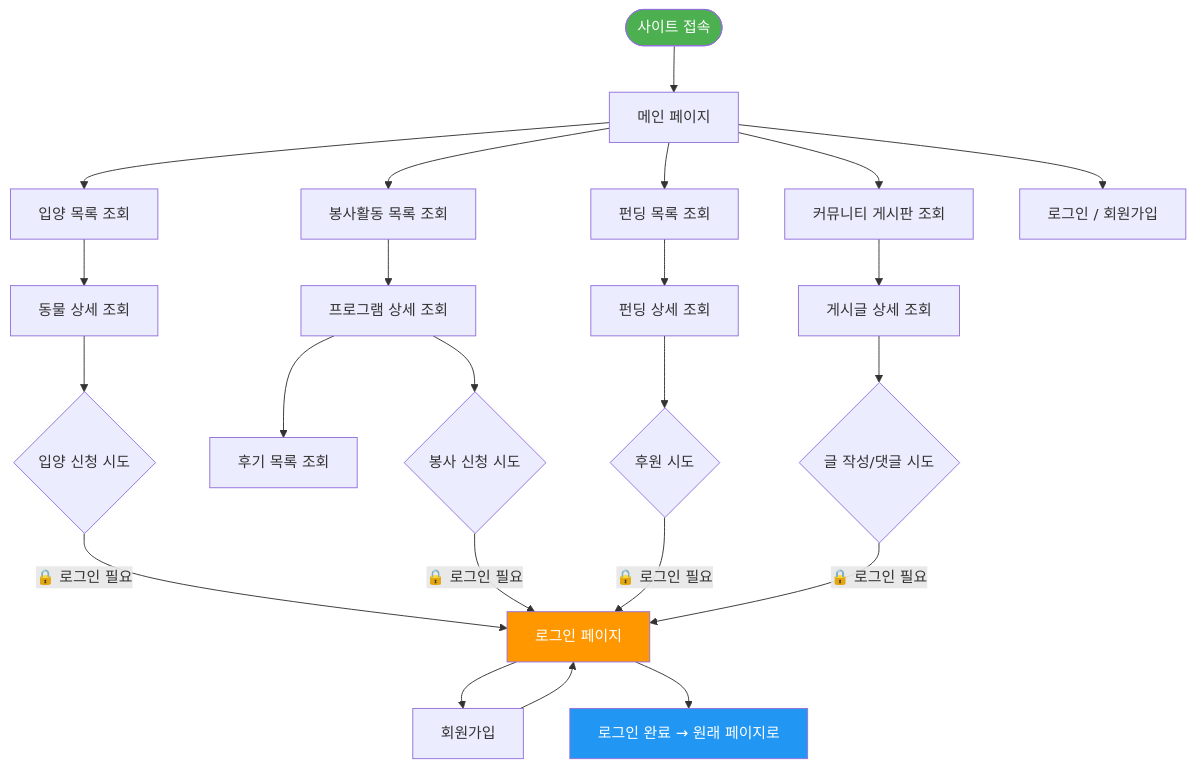
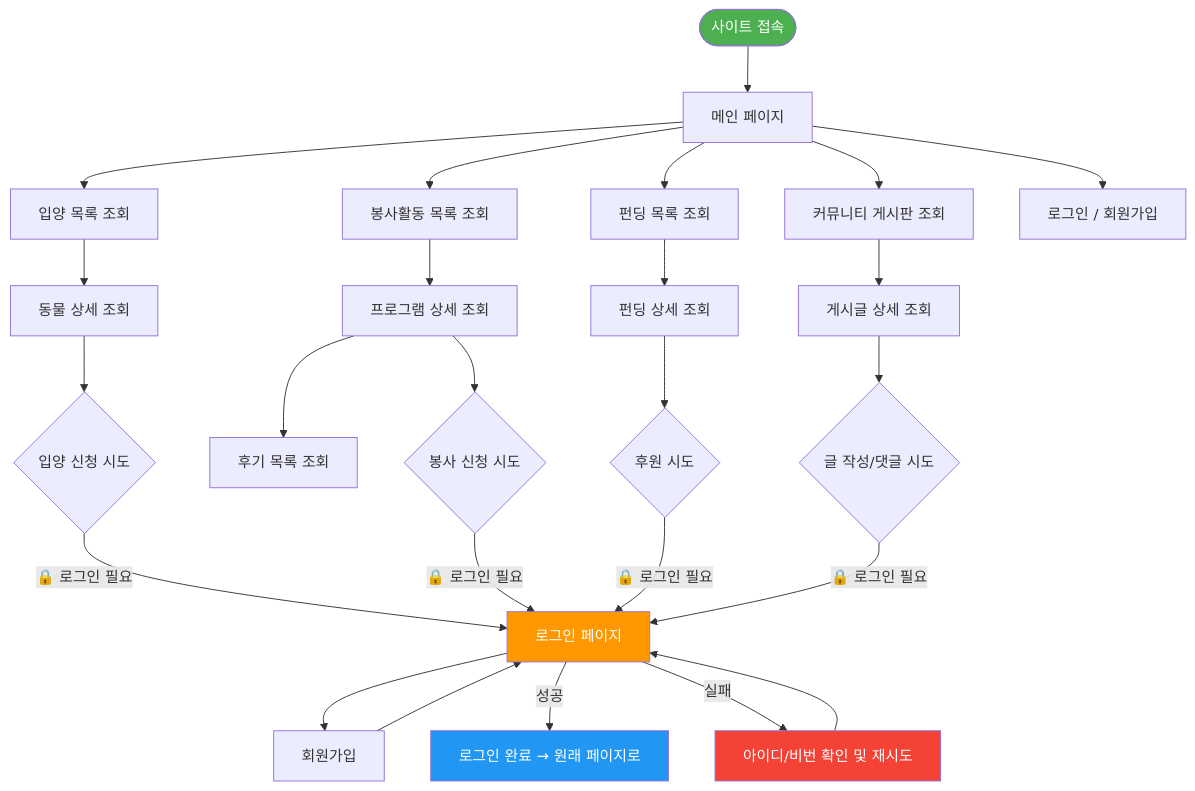
One commit to KJH-Portfolio/202511-stray-dog-volunteer changed the first of 7 diagrams in userflow.md. Above: the diagram before and after it, drawn with Mermaid. The commit also changed other lines of this file and 11 other files, not shown here.

````diff
--- a/userflow.md
+++ b/userflow.md
@@ -26,39 +26,42 @@
 ```mermaid
 flowchart TD
     START([사이트 접속]) --> MAIN[메인 페이지]
 
     MAIN --> M1[입양 목록 조회]
     MAIN --> M2[봉사활동 목록 조회]
     MAIN --> M3[펀딩 목록 조회]
     MAIN --> M4[커뮤니티 게시판 조회]
     MAIN --> M5[로그인 / 회원가입]
 
     %% 입양
     M1 --> A1[동물 상세 조회]
     A1 --> A2{입양 신청 시도}
     A2 -->|"🔒 로그인 필요"| LOGIN[로그인 페이지]
 
     %% 봉사
     M2 --> V1[프로그램 상세 조회]
     V1 --> V2[후기 목록 조회]
     V1 --> V3{봉사 신청 시도}
     V3 -->|"🔒 로그인 필요"| LOGIN
 
     %% 펀딩
     M3 --> F1[펀딩 상세 조회]
     F1 --> F2{후원 시도}
     F2 -->|"🔒 로그인 필요"| LOGIN
 
     %% 커뮤니티
     M4 --> C1[게시글 상세 조회]
     C1 --> C2{글 작성/댓글 시도}
     C2 -->|"🔒 로그인 필요"| LOGIN
 
     %% 로그인 이후
     LOGIN --> REG[회원가입] --> LOGIN
-    LOGIN --> LOGGED[로그인 완료 → 원래 페이지로]
+    LOGIN -->|성공| LOGGED[로그인 완료 → 원래 페이지로]
+    LOGIN -->|실패| FAIL[아이디/비번 확인 및 재시도]
+    FAIL --> LOGIN
 
     style START fill:#4CAF50,color:#fff
     style LOGIN fill:#FF9800,color:#fff
     style LOGGED fill:#2196F3,color:#fff
+    style FAIL fill:#F44336,color:#fff
 ```
````
